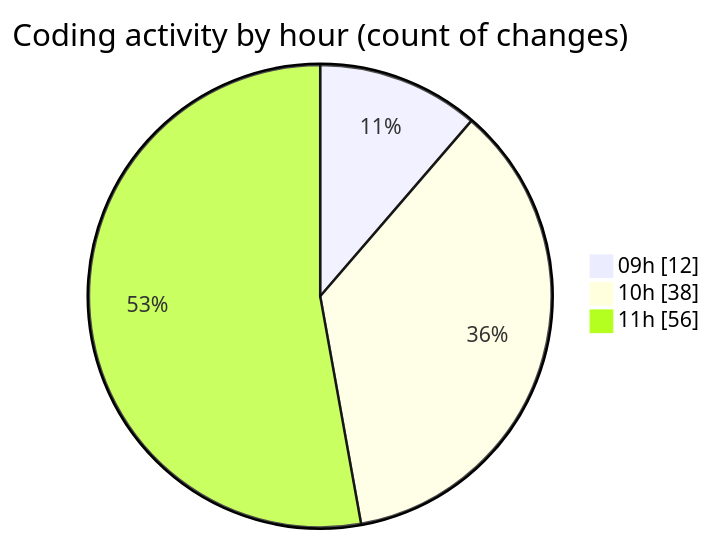
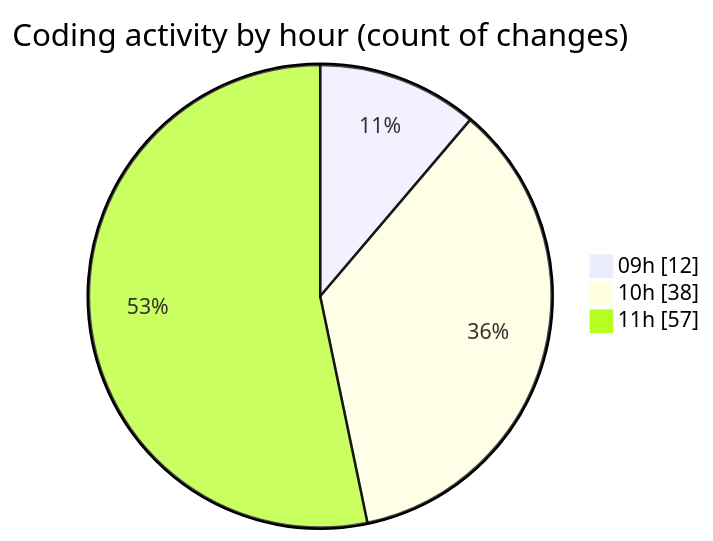
The second of 2 diagrams in 2025-10-03/cda/README.md (momahboobian/code-tracking), drawn with Mermaid before and after one commit. The commit also changed other lines of this file and 1 other file, not shown here.

````diff
--- a/2025-10-03/cda/README.md
+++ b/2025-10-03/cda/README.md
@@ -33,7 +33,7 @@
 ```mermaid
 pie showData
 title Coding activity by hour (count of changes)
 "09h" : 12
 "10h" : 38
-"11h" : 56
+"11h" : 57
 ```
````
